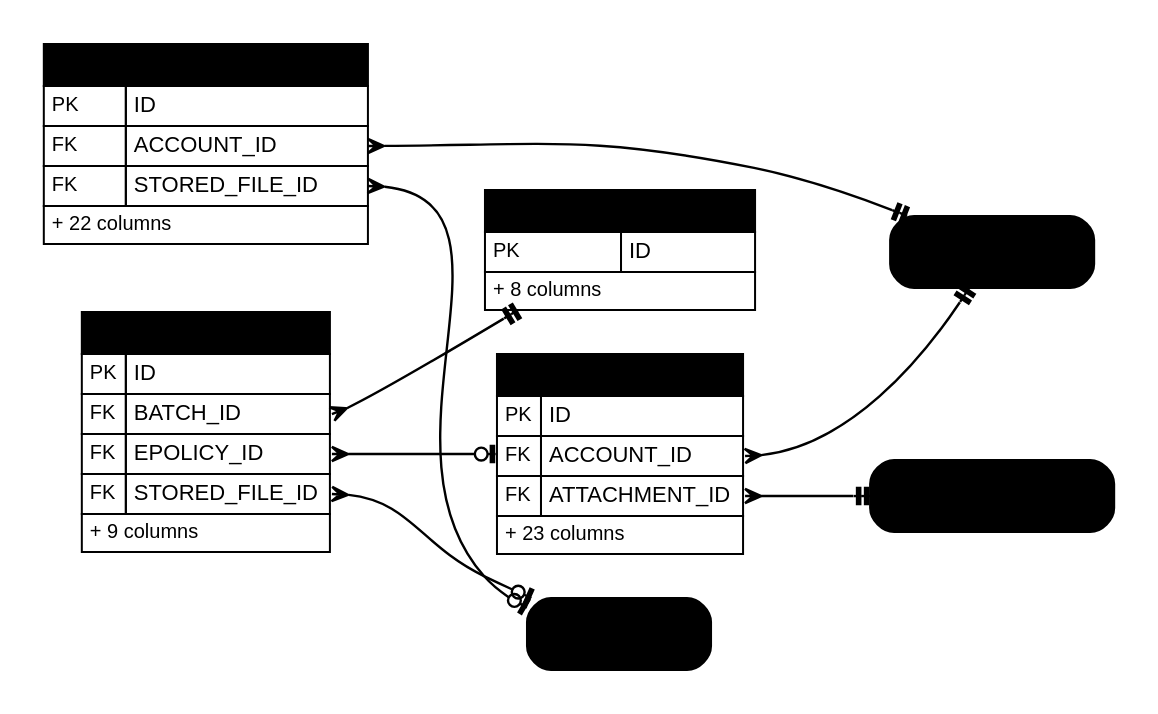
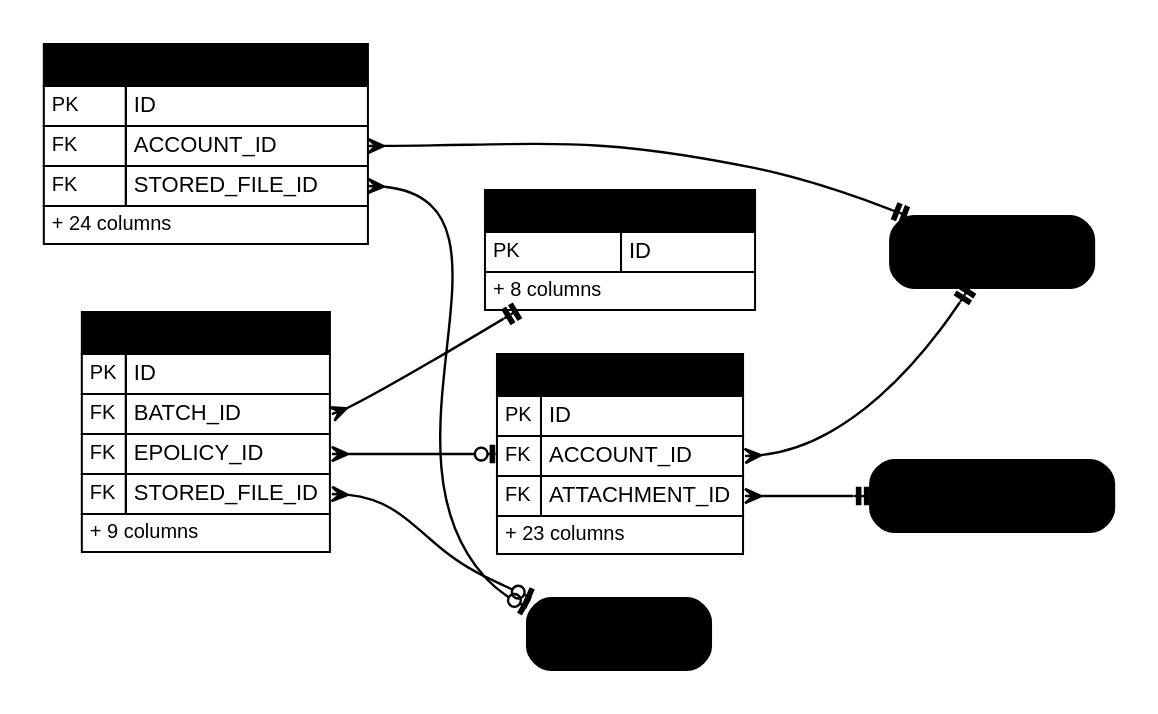
One commit to IortaTexhNXT-DEV/FinVerse changed the diagram in docs/deliverables/src/programme/security_data/figures/erd/d06_issuance.dot. Above: the diagram before and after it, drawn with Graphviz. The commit also changed 58 other files, not shown here.

```diff
--- a/docs/deliverables/src/programme/security_data/figures/erd/d06_issuance.dot
+++ b/docs/deliverables/src/programme/security_data/figures/erd/d06_issuance.dot
@@ -1,19 +1,19 @@
 digraph erd {
   graph [rankdir=LR, fontname="Arial", nodesep=0.3, ranksep=0.8, pad=0.2, bgcolor="white"];
   node [shape=plain, fontname="Arial"];
   edge [color="@CTA_BLUE", arrowsize=0.8, penwidth=1.2, dir=both];
   "iss_epolicy" [label=<<table border="0" cellborder="1" cellspacing="0" cellpadding="3" color="@BORDER"><tr><td bgcolor="@HEADER_BLUE" align="left" colspan="2"><font color="@WHITE" point-size="12"><b>ISS_EPOLICY</b></font></td></tr><tr><td align="left"><font point-size="10" color="@MUTED">PK</font></td><td align="left" port="id"><font point-size="11">ID</font></td></tr><tr><td align="left"><font point-size="10" color="@MUTED">FK</font></td><td align="left" port="account_id"><font point-size="11">ACCOUNT_ID</font></td></tr><tr><td align="left"><font point-size="10" color="@MUTED">FK</font></td><td align="left" port="attachment_id"><font point-size="11">ATTACHMENT_ID</font></td></tr><tr><td colspan="2" align="left"><font point-size="10" color="@MUTED">+ 23 columns</font></td></tr></table>>];
-  "iss_insurance_advice" [label=<<table border="0" cellborder="1" cellspacing="0" cellpadding="3" color="@BORDER"><tr><td bgcolor="@HEADER_BLUE" align="left" colspan="2"><font color="@WHITE" point-size="12"><b>ISS_INSURANCE_ADVICE</b></font></td></tr><tr><td align="left"><font point-size="10" color="@MUTED">PK</font></td><td align="left" port="id"><font point-size="11">ID</font></td></tr><tr><td align="left"><font point-size="10" color="@MUTED">FK</font></td><td align="left" port="account_id"><font point-size="11">ACCOUNT_ID</font></td></tr><tr><td align="left"><font point-size="10" color="@MUTED">FK</font></td><td align="left" port="stored_file_id"><font point-size="11">STORED_FILE_ID</font></td></tr><tr><td colspan="2" align="left"><font point-size="10" color="@MUTED">+ 22 columns</font></td></tr></table>>];
+  "iss_insurance_advice" [label=<<table border="0" cellborder="1" cellspacing="0" cellpadding="3" color="@BORDER"><tr><td bgcolor="@HEADER_BLUE" align="left" colspan="2"><font color="@WHITE" point-size="12"><b>ISS_INSURANCE_ADVICE</b></font></td></tr><tr><td align="left"><font point-size="10" color="@MUTED">PK</font></td><td align="left" port="id"><font point-size="11">ID</font></td></tr><tr><td align="left"><font point-size="10" color="@MUTED">FK</font></td><td align="left" port="account_id"><font point-size="11">ACCOUNT_ID</font></td></tr><tr><td align="left"><font point-size="10" color="@MUTED">FK</font></td><td align="left" port="stored_file_id"><font point-size="11">STORED_FILE_ID</font></td></tr><tr><td colspan="2" align="left"><font point-size="10" color="@MUTED">+ 24 columns</font></td></tr></table>>];
   "iss_upload_batch" [label=<<table border="0" cellborder="1" cellspacing="0" cellpadding="3" color="@BORDER"><tr><td bgcolor="@HEADER_BLUE" align="left" colspan="2"><font color="@WHITE" point-size="12"><b>ISS_UPLOAD_BATCH</b></font></td></tr><tr><td align="left"><font point-size="10" color="@MUTED">PK</font></td><td align="left" port="id"><font point-size="11">ID</font></td></tr><tr><td colspan="2" align="left"><font point-size="10" color="@MUTED">+ 8 columns</font></td></tr></table>>];
   "iss_upload_item" [label=<<table border="0" cellborder="1" cellspacing="0" cellpadding="3" color="@BORDER"><tr><td bgcolor="@HEADER_BLUE" align="left" colspan="2"><font color="@WHITE" point-size="12"><b>ISS_UPLOAD_ITEM</b></font></td></tr><tr><td align="left"><font point-size="10" color="@MUTED">PK</font></td><td align="left" port="id"><font point-size="11">ID</font></td></tr><tr><td align="left"><font point-size="10" color="@MUTED">FK</font></td><td align="left" port="batch_id"><font point-size="11">BATCH_ID</font></td></tr><tr><td align="left"><font point-size="10" color="@MUTED">FK</font></td><td align="left" port="epolicy_id"><font point-size="11">EPOLICY_ID</font></td></tr><tr><td align="left"><font point-size="10" color="@MUTED">FK</font></td><td align="left" port="stored_file_id"><font point-size="11">STORED_FILE_ID</font></td></tr><tr><td colspan="2" align="left"><font point-size="10" color="@MUTED">+ 9 columns</font></td></tr></table>>];
   "acc_account" [shape=box, style="rounded,filled", fillcolor="@DIRTY_WHITE", color="@MUTED", fontsize=11, label=<<font color="@MUTED">ACC_ACCOUNT<br/><font point-size="9">ACCOUNT</font></font>>];
   "doc_attachment" [shape=box, style="rounded,filled", fillcolor="@DIRTY_WHITE", color="@MUTED", fontsize=11, label=<<font color="@MUTED">DOC_ATTACHMENT<br/><font point-size="9">ATTACHMENT</font></font>>];
   "stored_file" [shape=box, style="rounded,filled", fillcolor="@DIRTY_WHITE", color="@MUTED", fontsize=11, label=<<font color="@MUTED">STORED_FILE<br/><font point-size="9">STORAGE</font></font>>];
   "iss_epolicy":"account_id" -> "acc_account" [arrowtail=crow, arrowhead=teetee];
   "iss_epolicy":"attachment_id" -> "doc_attachment" [arrowtail=crow, arrowhead=teetee];
   "iss_insurance_advice":"account_id" -> "acc_account" [arrowtail=crow, arrowhead=teetee];
   "iss_insurance_advice":"stored_file_id" -> "stored_file" [arrowtail=crow, arrowhead=teeodot];
   "iss_upload_item":"batch_id" -> "iss_upload_batch" [arrowtail=crow, arrowhead=teetee];
   "iss_upload_item":"epolicy_id" -> "iss_epolicy" [arrowtail=crow, arrowhead=teeodot];
   "iss_upload_item":"stored_file_id" -> "stored_file" [arrowtail=crow, arrowhead=teeodot];
 }
```
